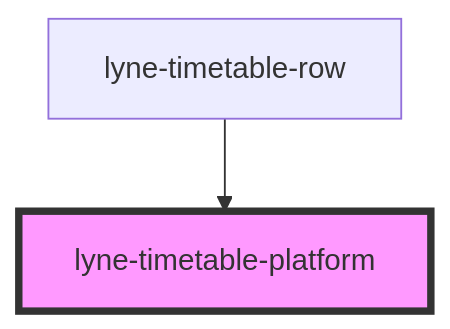
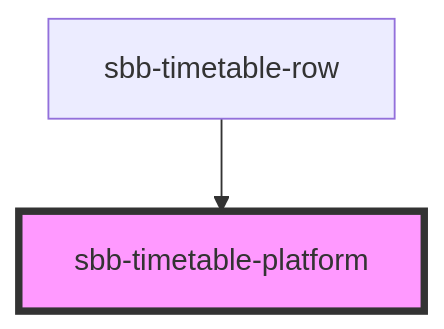
One commit to sbb-design-systems/lyne-components changed the diagram in src/components/sbb-timetable-platform/readme.md. Above: the diagram before and after it, drawn with Mermaid. The commit also changed other lines of this file and 348 other files, not shown here.

Commit message:
refactor: 'lyne' prefix renamed to 'sbb'

````diff
--- a/src/components/sbb-timetable-platform/readme.md
+++ b/src/components/sbb-timetable-platform/readme.md
@@ -24,5 +24,5 @@
 ```mermaid
 graph TD;
-  lyne-timetable-row --> lyne-timetable-platform
-  style lyne-timetable-platform fill:#f9f,stroke:#333,stroke-width:4px
+  sbb-timetable-row --> sbb-timetable-platform
+  style sbb-timetable-platform fill:#f9f,stroke:#333,stroke-width:4px
 ```
````
